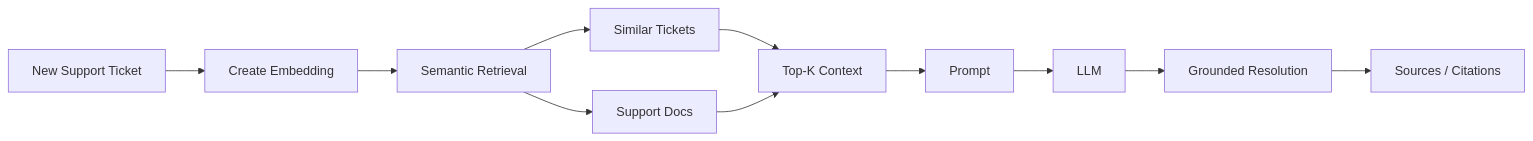
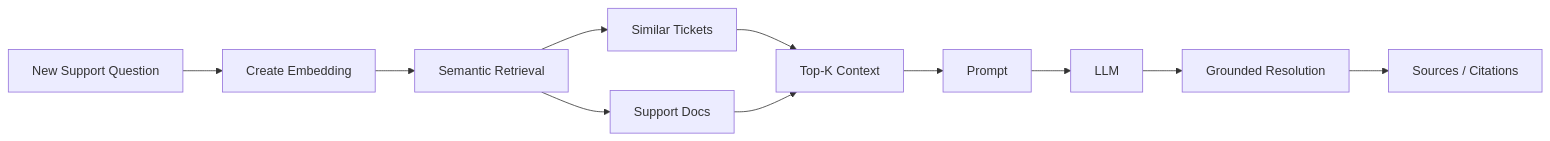
The third of 9 diagrams in docs/IMPLEMENTATION_GUIDE.md (bee-honey/ai-support-ticket-resolver), drawn with Mermaid before and after one commit. The commit also changed other lines of this file, not shown here.

````diff
--- a/docs/IMPLEMENTATION_GUIDE.md
+++ b/docs/IMPLEMENTATION_GUIDE.md
@@ -119,23 +113,23 @@
 ```mermaid
 flowchart LR
-    A["New Support Ticket"]
+    A["New Support Question"]
     B["Create Embedding"]
     C["Semantic Retrieval"]
     D["Similar Tickets"]
     E["Support Docs"]
     F["Top-K Context"]
     G["Prompt"]
     H["LLM"]
     I["Grounded Resolution"]
     J["Sources / Citations"]
     A --> B
     B --> C
     C --> D
     C --> E
     D --> F
     E --> F
     F --> G
     G --> H
     H --> I
     I --> J
 ```
````
